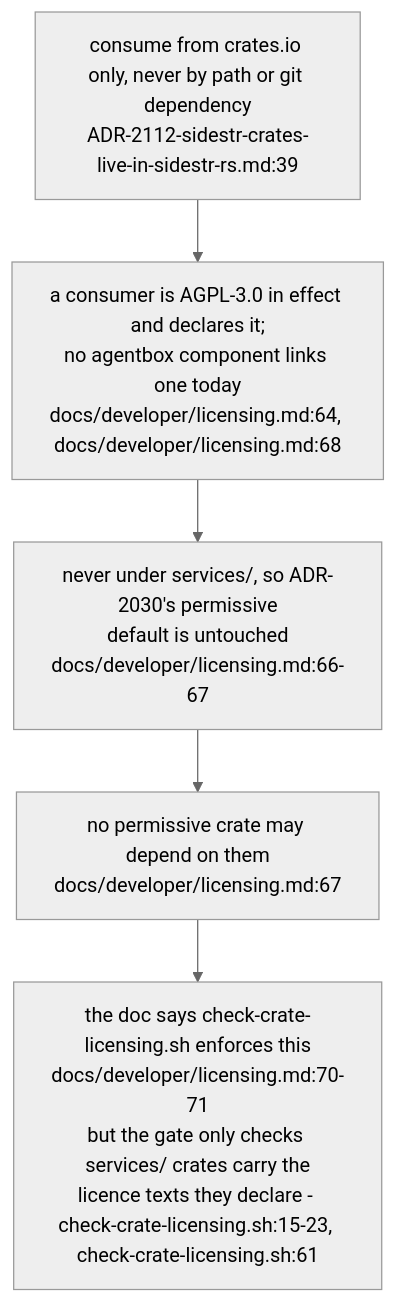
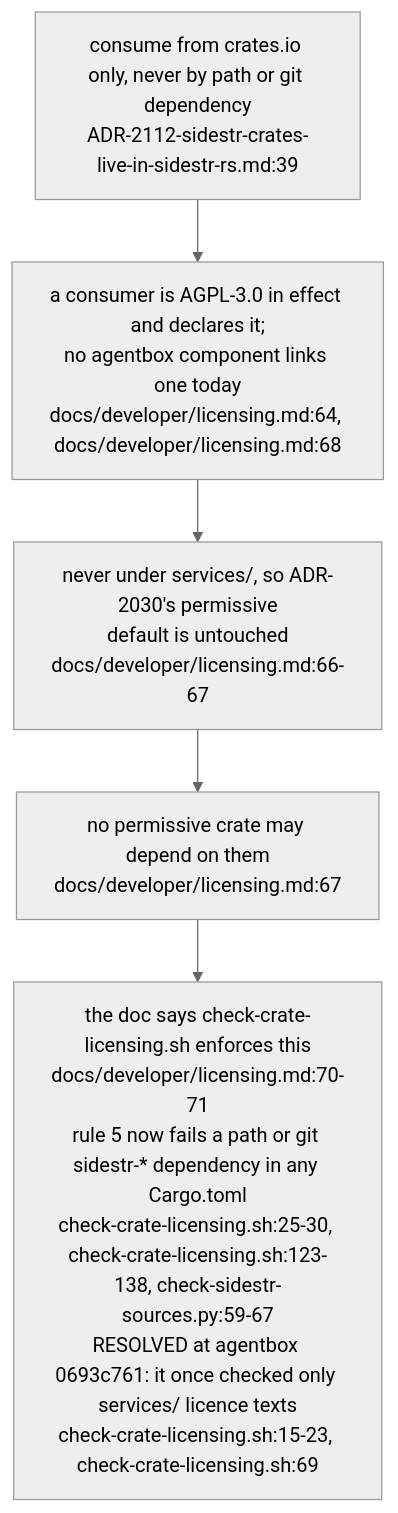
One commit to DreamLab-AI/VisionFlow changed the second of 2 diagrams in docs/diagrams/agentbox/33-sidestr-crates.md. Above: the diagram before and after it, drawn with Mermaid (neutral theme). The commit also changed other lines of this file, not shown here.

First line of the commit message:
docs(diagrams): AB-33 records the sidestr dependency-source rule in the licensing gate and re-stamps to agentbox 0693c761c

````diff
--- a/docs/diagrams/agentbox/33-sidestr-crates.md
+++ b/docs/diagrams/agentbox/33-sidestr-crates.md
@@ -49,9 +51,9 @@
 ```mermaid
 flowchart TB
     R1["consume from crates.io only, never by path or git dependency<br/>ADR-2112-sidestr-crates-live-in-sidestr-rs.md:39"]
     R2["a consumer is AGPL-3.0 in effect and declares it;<br/>no agentbox component links one today<br/>docs/developer/licensing.md:64, docs/developer/licensing.md:68"]
     R3["never under services/, so ADR-2030's permissive<br/>default is untouched<br/>docs/developer/licensing.md:66-67"]
     R4["no permissive crate may depend on them<br/>docs/developer/licensing.md:67"]
-    R5["the doc says check-crate-licensing.sh enforces this<br/>docs/developer/licensing.md:70-71<br/>but the gate only checks services/ crates carry the<br/>licence texts they declare - check-crate-licensing.sh:15-23, check-crate-licensing.sh:61"]
+    R5["the doc says check-crate-licensing.sh enforces this<br/>docs/developer/licensing.md:70-71<br/>rule 5 now fails a path or git sidestr-* dependency in any Cargo.toml<br/>check-crate-licensing.sh:25-30, check-crate-licensing.sh:123-138, check-sidestr-sources.py:59-67<br/>RESOLVED at agentbox 0693c761: it once checked only services/ licence texts<br/>check-crate-licensing.sh:15-23, check-crate-licensing.sh:69"]
     R1 --> R2 --> R3 --> R4 --> R5
 ```
````
